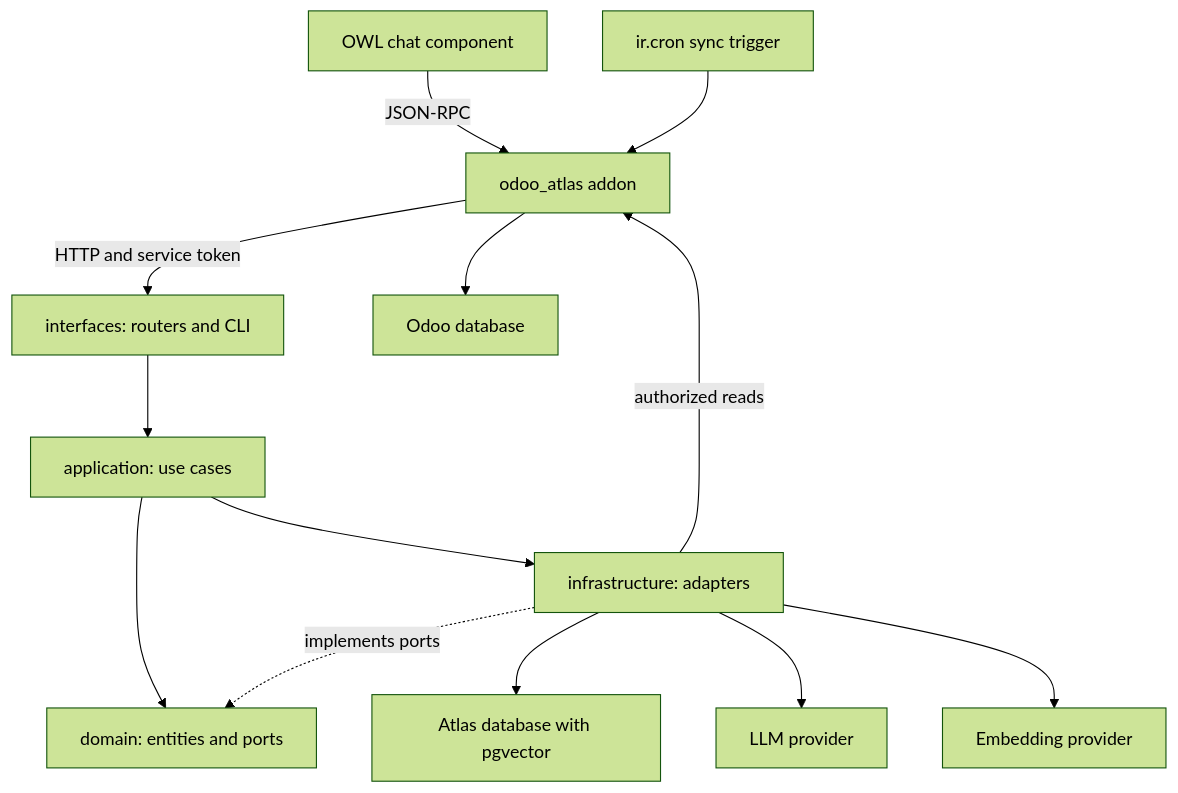
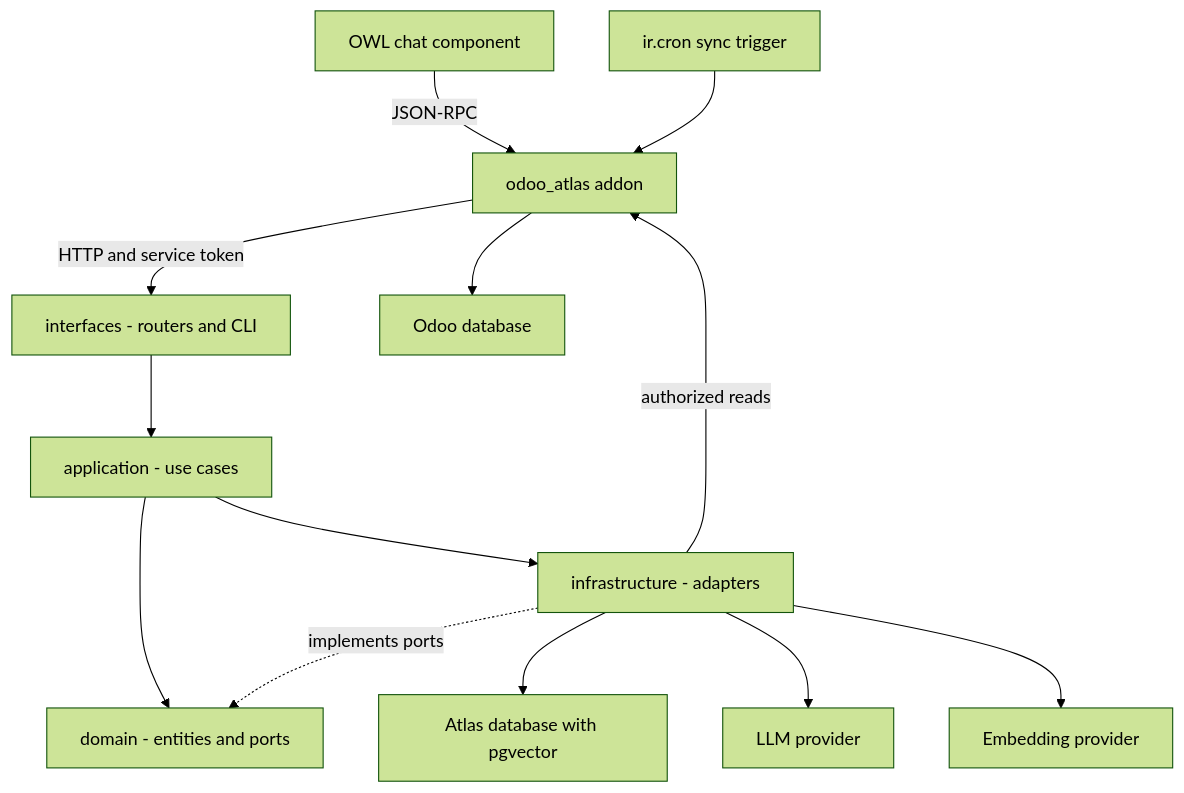
The second of 2 diagrams in docs/architecture/01-overview.md (Spideyman198/Atlas), drawn with Mermaid (forest theme) before and after one commit. The commit also changed 3 other files, not shown here.

````diff
--- a/docs/architecture/01-overview.md
+++ b/docs/architecture/01-overview.md
@@ -27,16 +27,16 @@
 ```mermaid
 flowchart TB
-    owl[OWL chat component] -->|JSON-RPC| addon
-    cron[ir.cron sync trigger] --> addon
-    addon[odoo_atlas addon] -->|HTTP and service token| iface
-    iface[interfaces: routers and CLI] --> app
-    app[application: use cases] --> dom
+    owl["OWL chat component"] -->|JSON-RPC| addon
+    cron["ir.cron sync trigger"] --> addon
+    addon["odoo_atlas addon"] -->|HTTP and service token| iface
+    iface["interfaces - routers and CLI"] --> app
+    app["application - use cases"] --> dom
     app --> infra
-    dom[domain: entities and ports]
-    infra[infrastructure: adapters] -.->|implements ports| dom
+    dom["domain - entities and ports"]
+    infra["infrastructure - adapters"] -.->|implements ports| dom
     infra -->|authorized reads| addon
-    addon --> dbodoo[Odoo database]
-    infra --> dbatlas[Atlas database with pgvector]
-    infra --> llm[LLM provider]
-    infra --> emb[Embedding provider]
+    addon --> dbodoo["Odoo database"]
+    infra --> dbatlas["Atlas database with pgvector"]
+    infra --> llm["LLM provider"]
+    infra --> emb["Embedding provider"]
 ```
````
